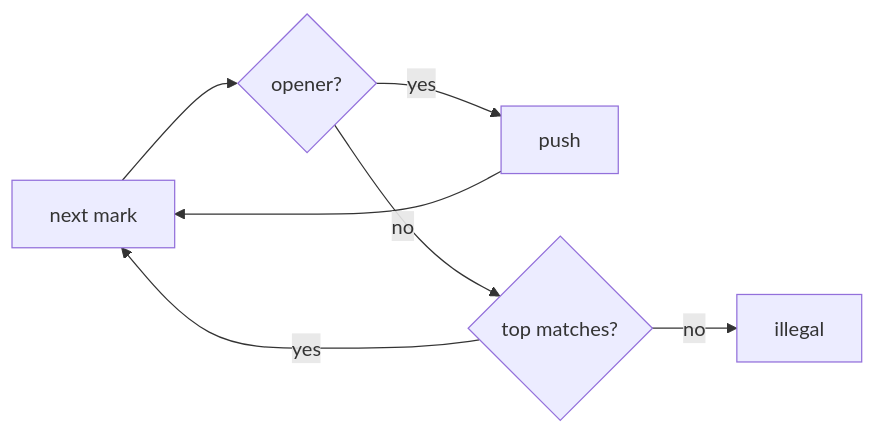
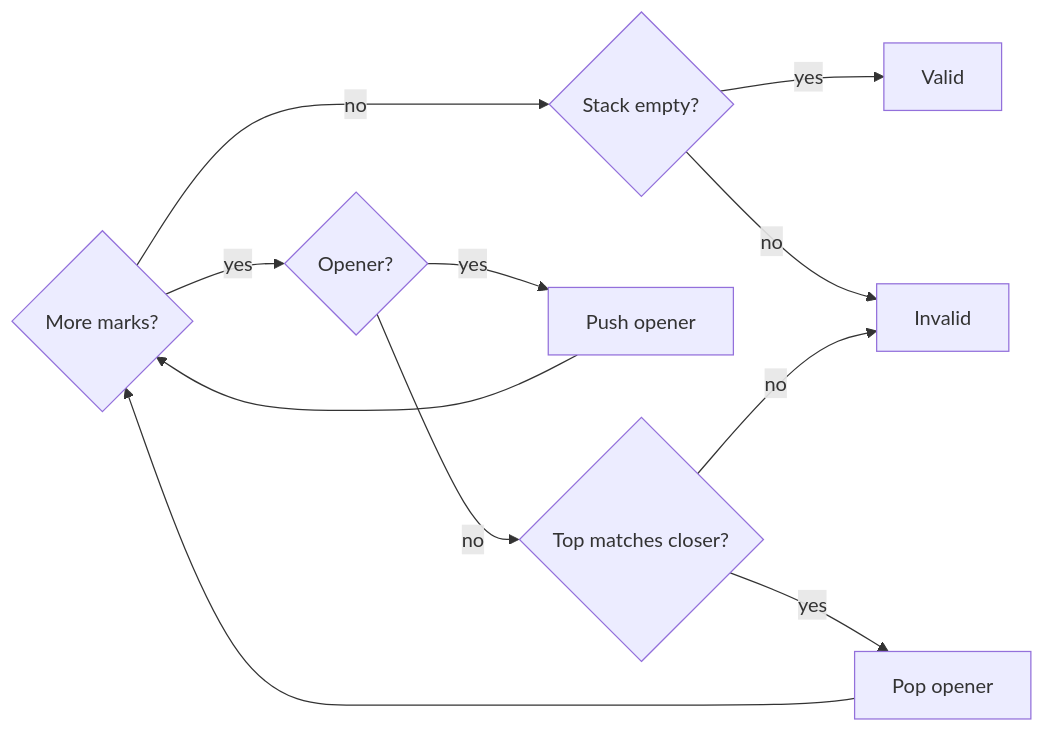
The diagram in lessons/algorithms/problems/valid-brackets/viz/stack.md (jdodsoncollins/study-material), drawn with Mermaid before and after one commit. The commit also changed 175 other files, not shown here.

````diff
--- a/lessons/algorithms/problems/valid-brackets/viz/stack.md
+++ b/lessons/algorithms/problems/valid-brackets/viz/stack.md
@@ -3,9 +3,13 @@
 ```mermaid
 flowchart LR
-  ch[next mark] --> kind{opener?}
-  kind -->|yes| push[push]
-  push --> ch
-  kind -->|no| pop{top matches?}
-  pop -->|yes| ch
-  pop -->|no| bad[illegal]
+  more{More marks?} -->|no| empty{Stack empty?}
+  empty -->|yes| good[Valid]
+  empty -->|no| bad[Invalid]
+  more -->|yes| kind{Opener?}
+  kind -->|yes| push[Push opener]
+  push --> more
+  kind -->|no| match{Top matches closer?}
+  match -->|no| bad
+  match -->|yes| pop[Pop opener]
+  pop --> more
 ```
````
